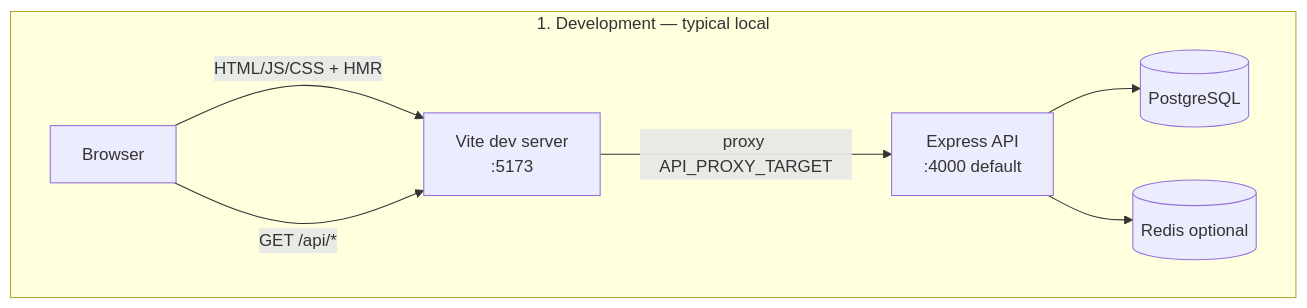
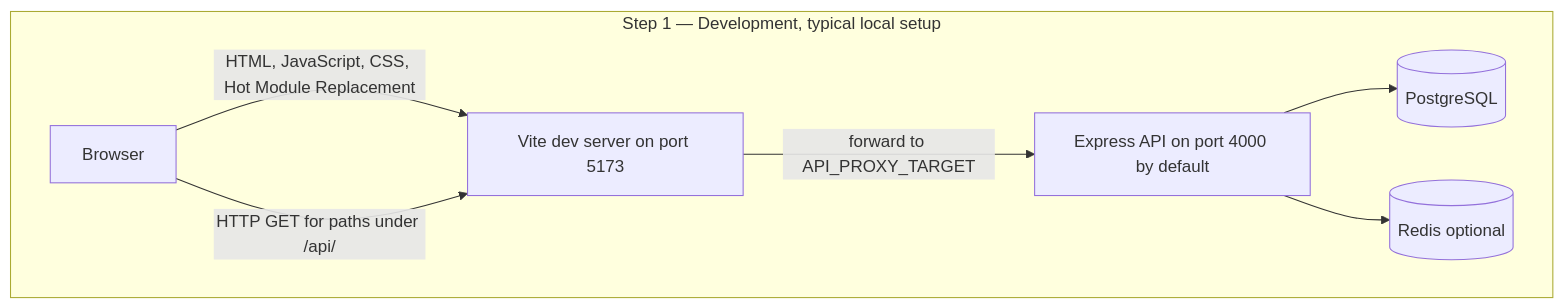
The third of 10 diagrams in docs/ARCHITECTURE_DIAGRAM.md (becomeonewiththecode/expense_tracker), drawn with Mermaid before and after one commit. The commit also changed other lines of this file and 6 other files, not shown here.

````diff
--- a/docs/ARCHITECTURE_DIAGRAM.md
+++ b/docs/ARCHITECTURE_DIAGRAM.md
@@ -69,16 +73,16 @@
 ```mermaid
 flowchart TB
-  subgraph dev [1. Development — typical local]
+  subgraph dev [Step 1 — Development, typical local setup]
     BD[Browser]
-    VD["Vite dev server<br/>:5173"]
-    AD["Express API<br/>:4000 default"]
+    VD["Vite dev server on port 5173"]
+    AD["Express API on port 4000 by default"]
     PGD[(PostgreSQL)]
     RDV[(Redis optional)]
 
-    BD -->|"HTML/JS/CSS + HMR"| VD
-    BD -->|GET /api/*| VD
-    VD -->|proxy API_PROXY_TARGET| AD
+    BD -->|"HTML, JavaScript, CSS, Hot Module Replacement"| VD
+    BD -->|HTTP GET for paths under /api/| VD
+    VD -->|forward to API_PROXY_TARGET| AD
     AD --> PGD
     AD --> RDV
   end
 ```
````
